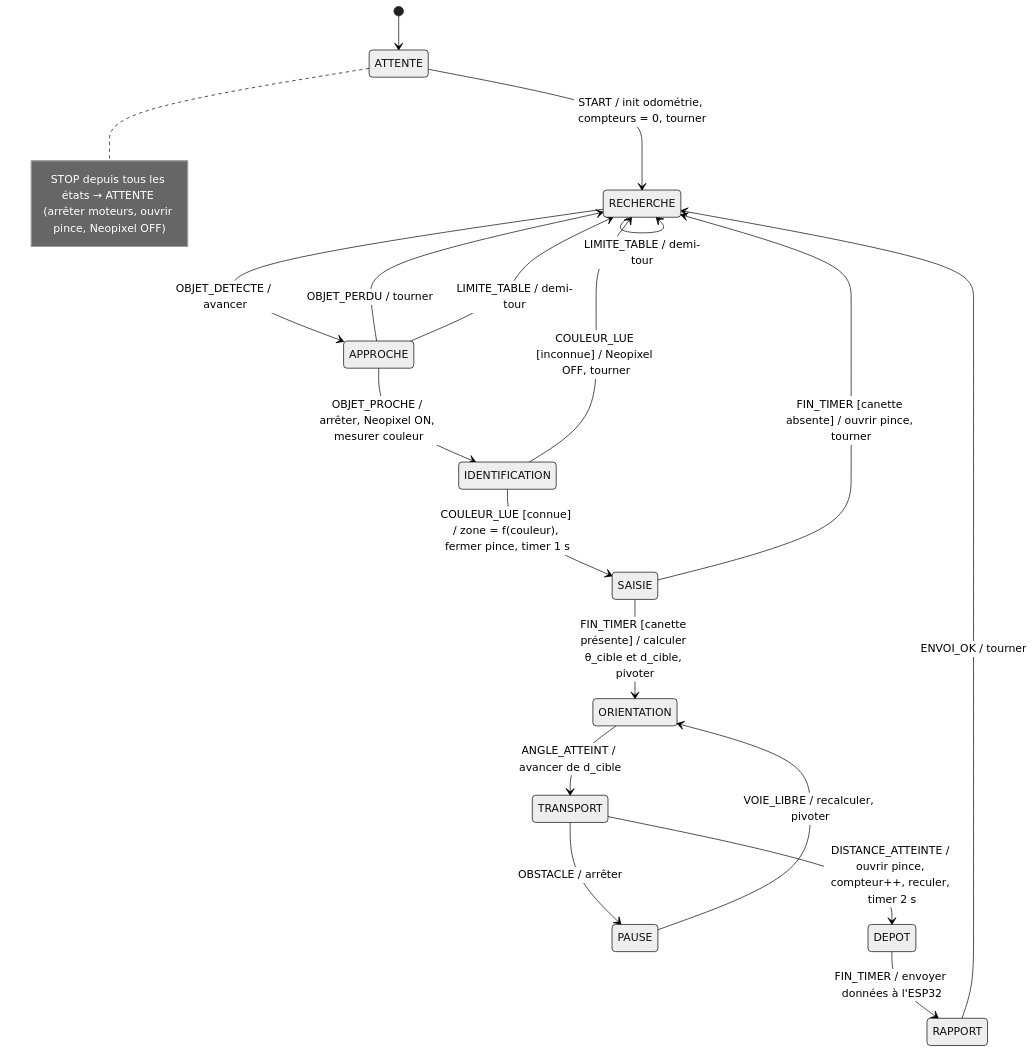
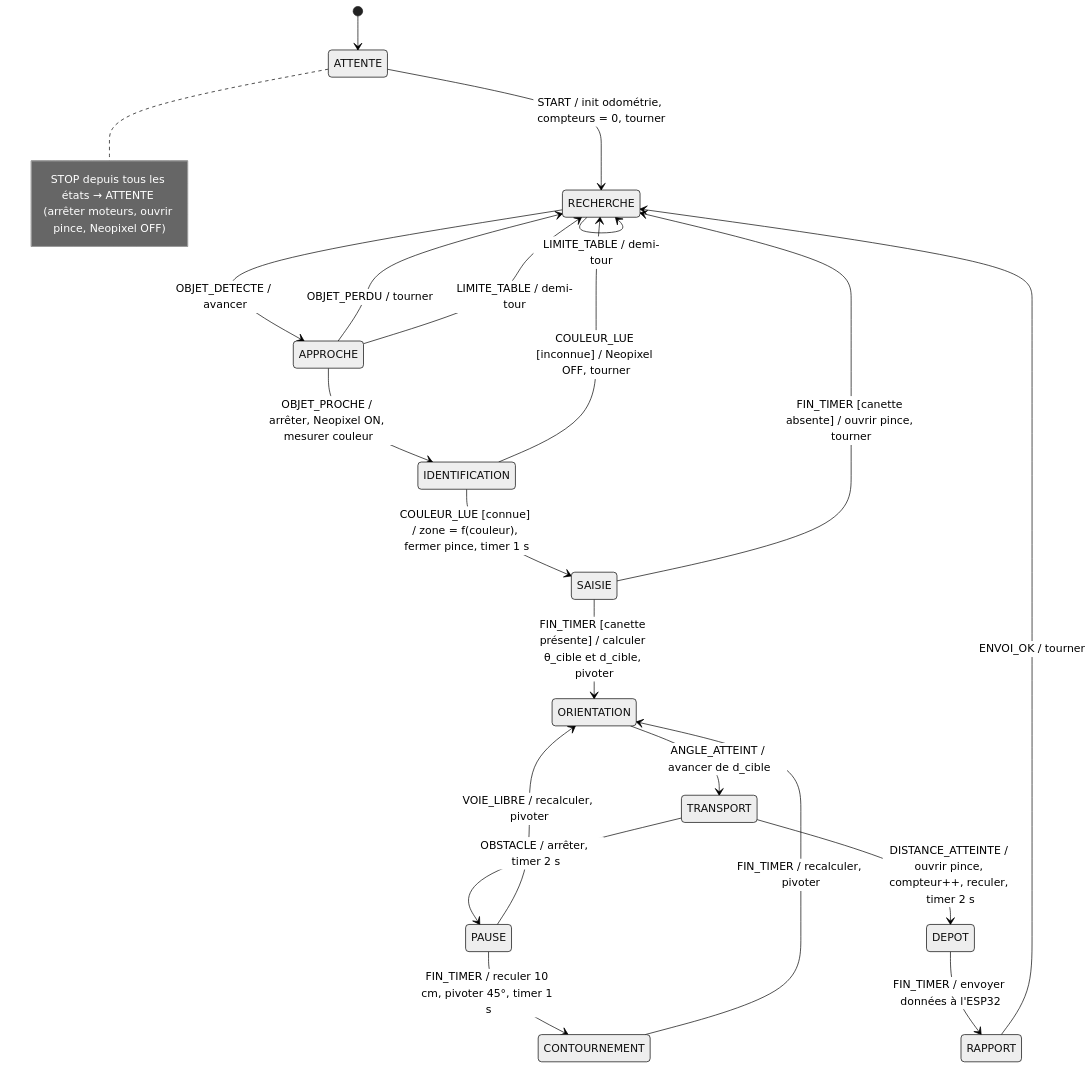
The diagram in README.md (yasminchakroun31-sudo/2627_ESE_PROJET_Robot), drawn with Mermaid (neutral theme) before and after one commit.

Commit message:
Update README documentation

````diff
--- a/README.md
+++ b/README.md
@@ -192,21 +192,23 @@
 ```mermaid
 stateDiagram-v2
     [*] --> ATTENTE
     ATTENTE --> RECHERCHE : START / init odométrie, compteurs = 0, tourner
     RECHERCHE --> APPROCHE : OBJET_DETECTE / avancer
     APPROCHE --> RECHERCHE : OBJET_PERDU / tourner
     APPROCHE --> IDENTIFICATION : OBJET_PROCHE / arrêter, Neopixel ON, mesurer couleur
     IDENTIFICATION --> SAISIE : COULEUR_LUE [connue] / zone = f(couleur), fermer pince, timer 1 s
     IDENTIFICATION --> RECHERCHE : COULEUR_LUE [inconnue] / Neopixel OFF, tourner
     SAISIE --> ORIENTATION : FIN_TIMER [canette présente] / calculer θ_cible et d_cible, pivoter
     SAISIE --> RECHERCHE : FIN_TIMER [canette absente] / ouvrir pince, tourner
     ORIENTATION --> TRANSPORT : ANGLE_ATTEINT / avancer de d_cible
-    TRANSPORT --> PAUSE : OBSTACLE / arrêter
+      TRANSPORT --> PAUSE : OBSTACLE / arrêter, timer 2 s
     PAUSE --> ORIENTATION : VOIE_LIBRE / recalculer, pivoter
+    PAUSE --> CONTOURNEMENT : FIN_TIMER / reculer 10 cm, pivoter 45°, timer 1 s
+    CONTOURNEMENT --> ORIENTATION : FIN_TIMER / recalculer, pivoter
     TRANSPORT --> DEPOT : DISTANCE_ATTEINTE / ouvrir pince, compteur++, reculer, timer 2 s
     DEPOT --> RAPPORT : FIN_TIMER / envoyer données à l'ESP32
     RAPPORT --> RECHERCHE : ENVOI_OK / tourner
     RECHERCHE --> RECHERCHE : LIMITE_TABLE / demi-tour
     APPROCHE --> RECHERCHE : LIMITE_TABLE / demi-tour
     note right of ATTENTE : STOP depuis tous les états → ATTENTE (arrêter moteurs, ouvrir pince, Neopixel OFF)
 ```
````
